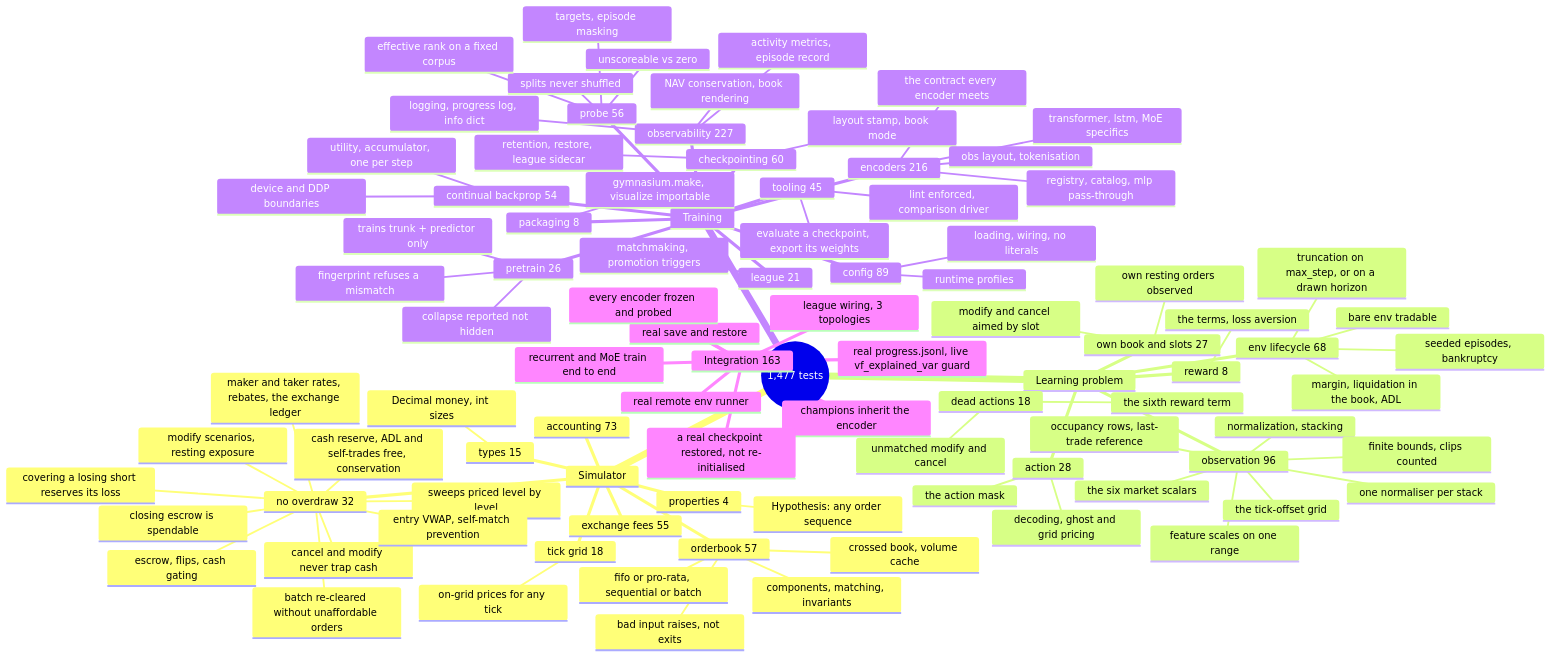
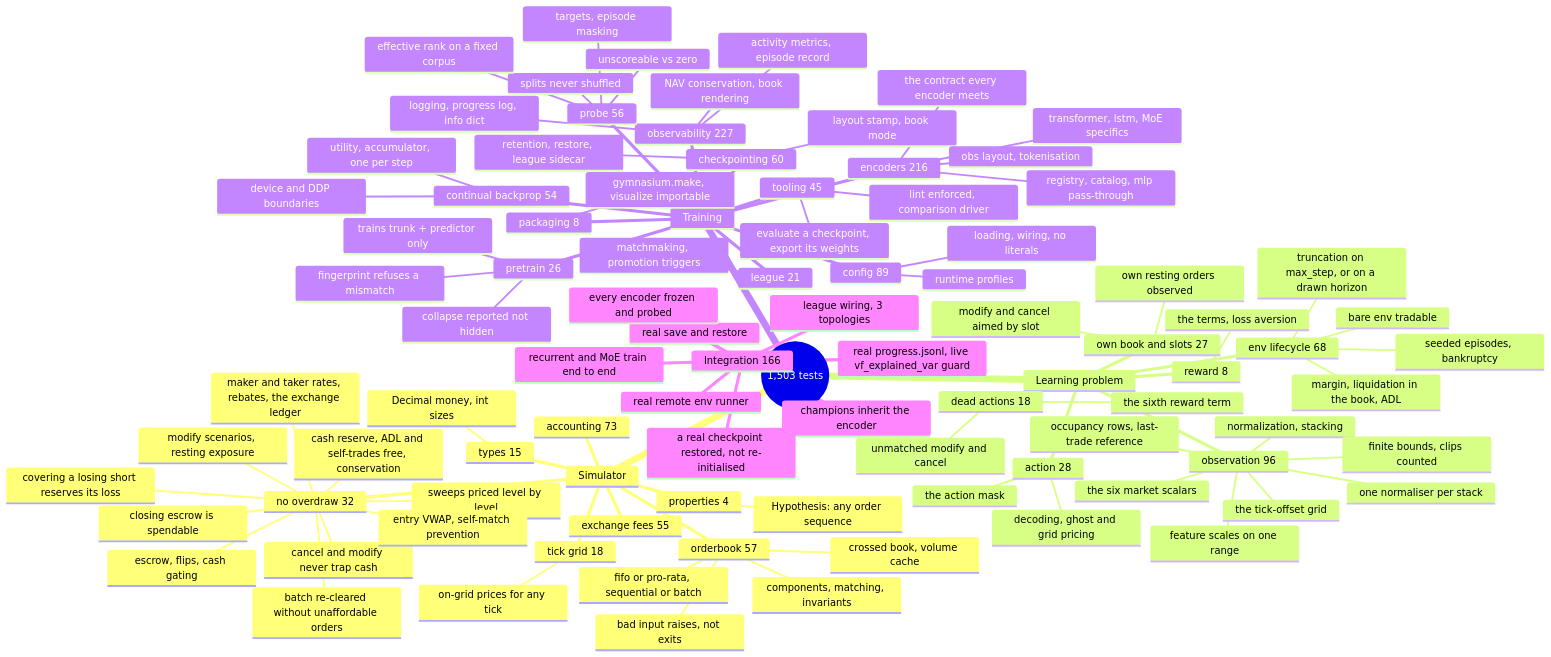
Before and after one commit to ChuaCheowHuan/gym-continuousDoubleAuction: the diagram in doc/10_testing.md, drawn with Mermaid. The commit also changed other lines of this file and 10 other files, not shown here.

````diff
--- a/doc/10_testing.md
+++ b/doc/10_testing.md
@@ -144,6 +146,6 @@
 ```mermaid
 mindmap
-  root((1,477 tests))
+  root((1,503 tests))
     Simulator
       orderbook 57
         components, matching, invariants
@@ -229,7 +231,7 @@
         device and DDP boundaries
       packaging 8
         gymnasium.make, visualize importable
-    Integration 163
+    Integration 166
       league wiring, 3 topologies
       real save and restore
       real progress.jsonl, live vf_explained_var guard
````
